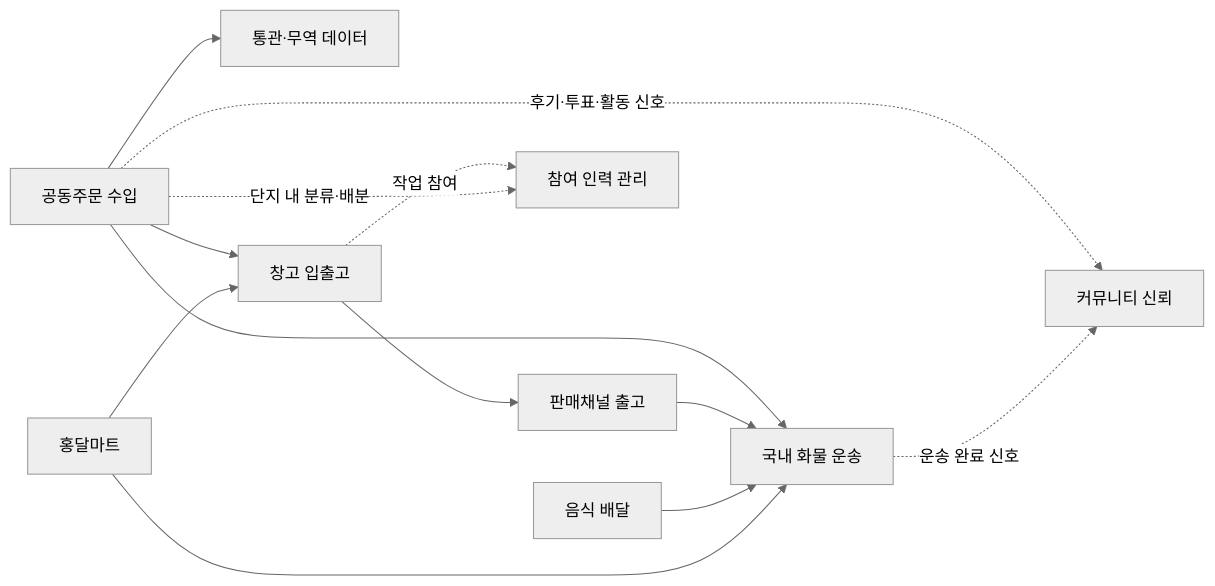
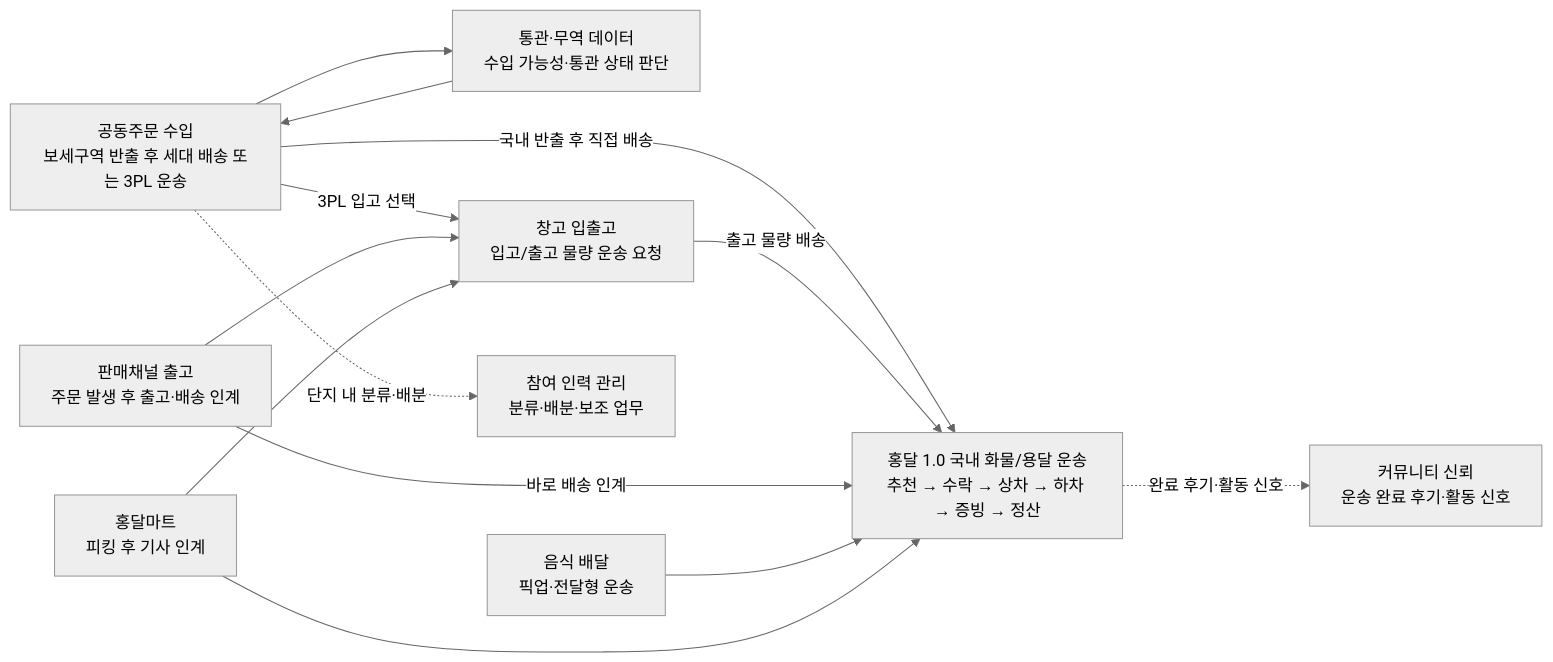
The second of 4 diagrams in README.md (cheolwo/hongdal), drawn with Mermaid (neutral theme) before and after one commit. The commit also changed other lines of this file and 1 other file, not shown here.

````diff
--- a/README.md
+++ b/README.md
@@ -18,25 +37,25 @@
 ```mermaid
 flowchart LR
-    GP["공동주문 수입"]
-    CT["통관·무역 데이터"]
-    DT["국내 화물 운송"]
-    WH["창고 입출고"]
-    SC["판매채널 출고"]
-    CM["커뮤니티 신뢰"]
-    HR["참여 인력 관리"]
-    FD["음식 배달"]
-    HM["홍달마트"]
+    DT["홍달 1.0 국내 화물/용달 운송<br/>추천 → 수락 → 상차 → 하차 → 증빙 → 정산"]
+    GP["공동주문 수입<br/>보세구역 반출 후 세대 배송 또는 3PL 운송"]
+    CT["통관·무역 데이터<br/>수입 가능성·통관 상태 판단"]
+    WH["창고 입출고<br/>입고/출고 물량 운송 요청"]
+    SC["판매채널 출고<br/>주문 발생 후 출고·배송 인계"]
+    FD["음식 배달<br/>픽업·전달형 운송"]
+    HM["홍달마트<br/>피킹 후 기사 인계"]
+    CM["커뮤니티 신뢰<br/>운송 완료 후기·활동 신호"]
+    HR["참여 인력 관리<br/>분류·배분·보조 업무"]
 
     GP --> CT
-    GP --> DT
-    GP --> WH
-    WH --> SC
-    SC --> DT
+    CT --> GP
+    GP -->|국내 반출 후 직접 배송| DT
+    GP -->|3PL 입고 선택| WH
+    WH -->|출고 물량 배송| DT
+    SC --> WH
+    SC -->|바로 배송 인계| DT
     FD --> DT
     HM --> WH
     HM --> DT
-    GP -.후기·투표·활동 신호.-> CM
-    DT -.운송 완료 신호.-> CM
-    WH -.작업 참여.-> HR
+    DT -.완료 후기·활동 신호.-> CM
     GP -.단지 내 분류·배분.-> HR
 ```
````
